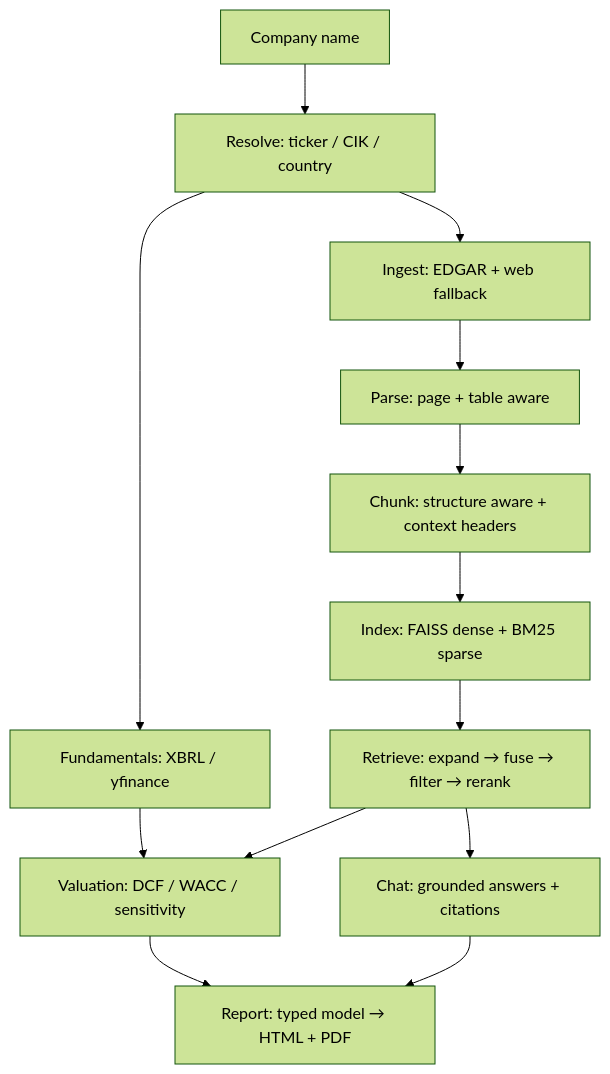
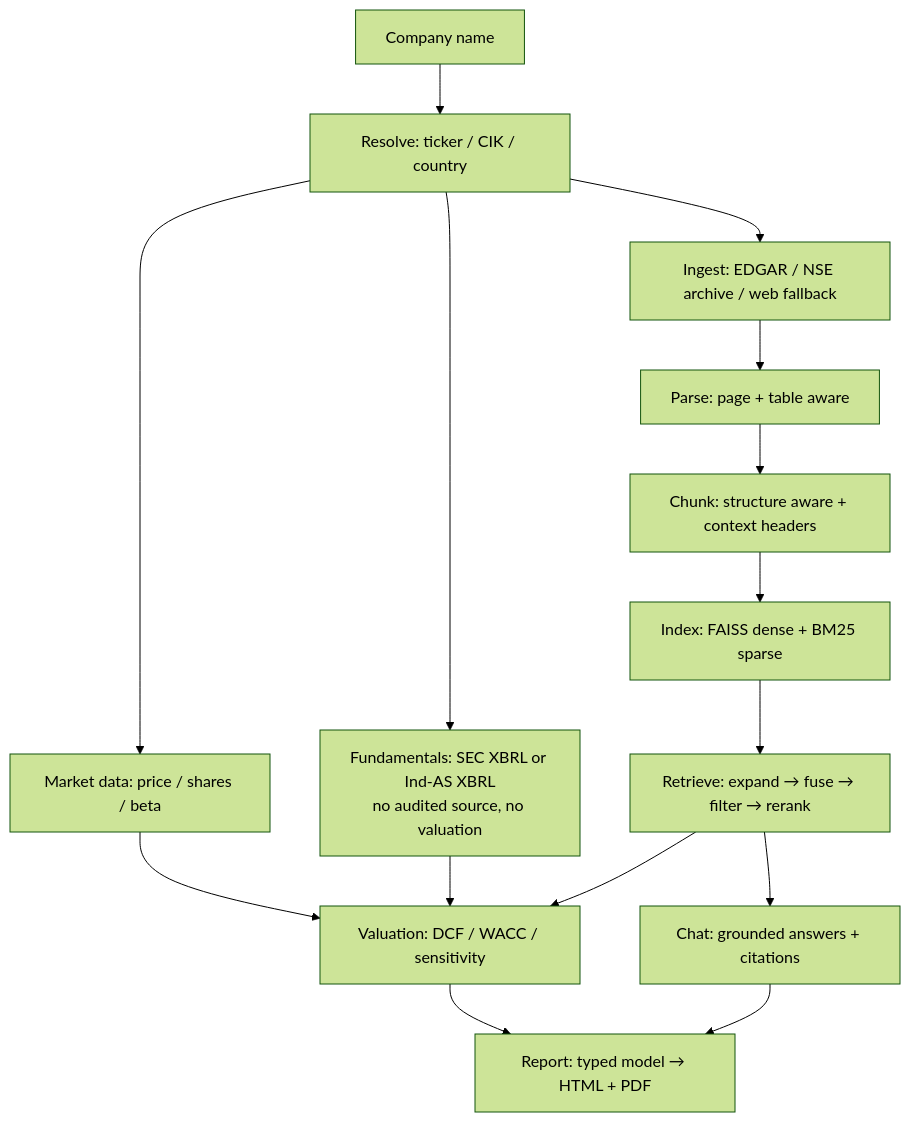
One commit to AlkaifTraine/financial-copilot changed the diagram in README.md. Above: the diagram before and after it, drawn with Mermaid (forest theme). The commit also changed other lines of this file and 24 other files, not shown here.

````diff
--- a/README.md
+++ b/README.md
@@ -41,15 +44,17 @@
 ```mermaid
 flowchart TD
     A[Company name] --> B[Resolve: ticker / CIK / country]
-    B --> C[Ingest: EDGAR + web fallback]
-    B --> F[Fundamentals: XBRL / yfinance]
+    B --> C[Ingest: EDGAR / NSE archive / web fallback]
+    B --> F[Fundamentals: SEC XBRL or Ind-AS XBRL<br/>no audited source, no valuation]
+    B --> M[Market data: price / shares / beta]
+    M --> V
     C --> D[Parse: page + table aware]
     D --> E[Chunk: structure aware + context headers]
     E --> G[Index: FAISS dense + BM25 sparse]
     G --> H[Retrieve: expand → fuse → filter → rerank]
     F --> V[Valuation: DCF / WACC / sensitivity]
     H --> CH[Chat: grounded answers + citations]
     H --> V
     V --> R[Report: typed model → HTML + PDF]
     CH --> R
 ```
````
